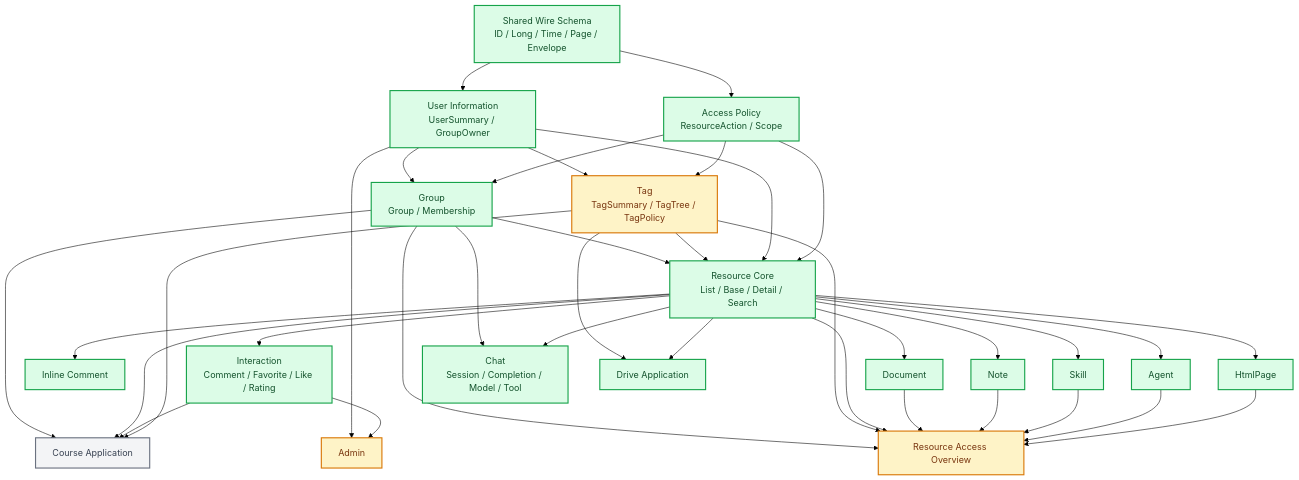
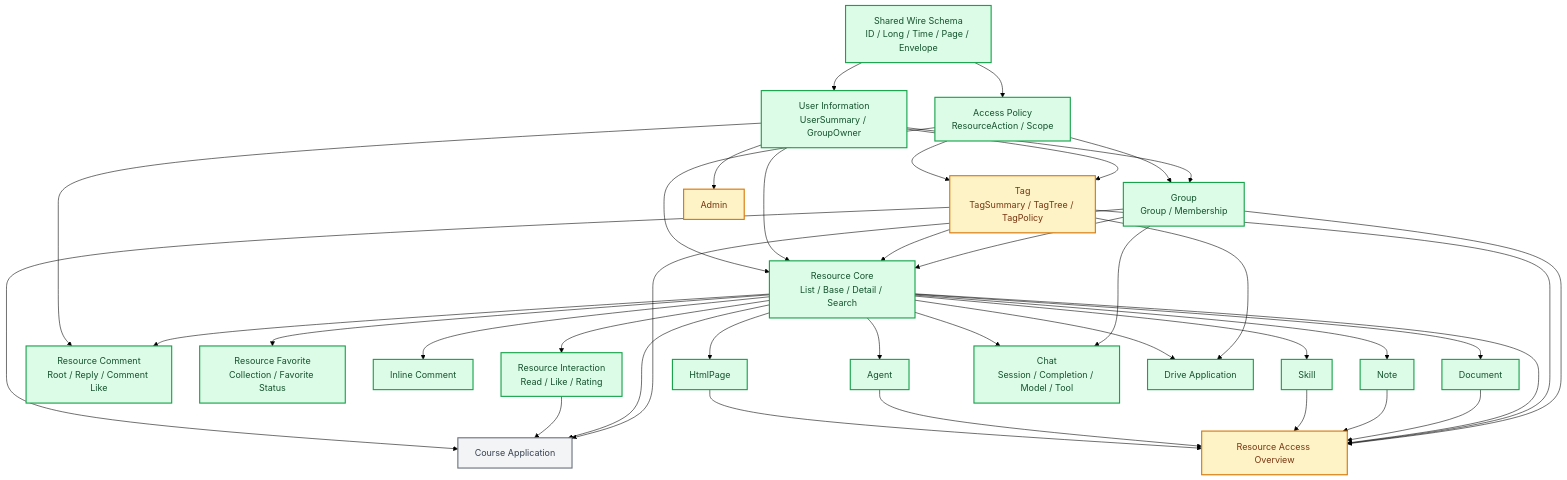
The diagram in agent/docs/schema-contract-roadmap.md (Oriole-FDU/WisePenView), drawn with Mermaid (forest theme) before and after one commit. The commit also changed other lines of this file, not shown here.

````diff
--- a/agent/docs/schema-contract-roadmap.md
+++ b/agent/docs/schema-contract-roadmap.md
@@ -38,64 +38,68 @@
 ```mermaid
 flowchart TD
   W[Shared Wire Schema<br/>ID / Long / Time / Page / Envelope]
   A[Access Policy<br/>ResourceAction / Scope]
   U[User Information<br/>UserSummary / GroupOwner]
   G[Group<br/>Group / Membership]
   T[Tag<br/>TagSummary / TagTree / TagPolicy]
   R[Resource Core<br/>List / Base / Detail / Search]
-  I[Interaction<br/>Comment / Favorite / Like / Rating]
+  I[Resource Interaction<br/>Read / Like / Rating]
+  CM[Resource Comment<br/>Root / Reply / Comment Like]
+  F[Resource Favorite<br/>Collection / Favorite Status]
   C[Inline Comment]
   D[Document]
   N[Note]
   S[Skill]
   AG[Agent]
   H[HtmlPage]
   CH[Chat<br/>Session / Completion / Model / Tool]
   CO[Course Application]
   DR[Drive Application]
   RA[Resource Access Overview]
   AD[Admin]
 
   W --> A
   W --> U
   U --> G
   A --> G
   U --> T
   A --> T
   G --> R
   T --> R
   U --> R
   A --> R
   R --> I
+  R --> CM
+  U --> CM
+  R --> F
   R --> C
   R --> D
   R --> N
   R --> S
   R --> AG
   R --> H
   G --> CH
   R --> CH
   G --> CO
   R --> CO
   I --> CO
   T --> CO
   T --> DR
   R --> DR
   G --> RA
   T --> RA
   R --> RA
   D --> RA
   N --> RA
   S --> RA
   AG --> RA
   H --> RA
   U --> AD
-  I --> AD
 
   classDef completed fill:#dcfce7,stroke:#16a34a,color:#14532d,stroke-width:2px
   classDef partial fill:#fef3c7,stroke:#d97706,color:#78350f,stroke-width:2px
   classDef decision fill:#f3f4f6,stroke:#6b7280,color:#374151,stroke-width:2px
-  class W,A,U,G,R,I,C,D,N,S,AG,H,CH,DR completed
+  class W,A,U,G,R,I,CM,F,C,D,N,S,AG,H,CH,DR completed
   class T,AD,RA partial
   class CO decision
 ```
````
